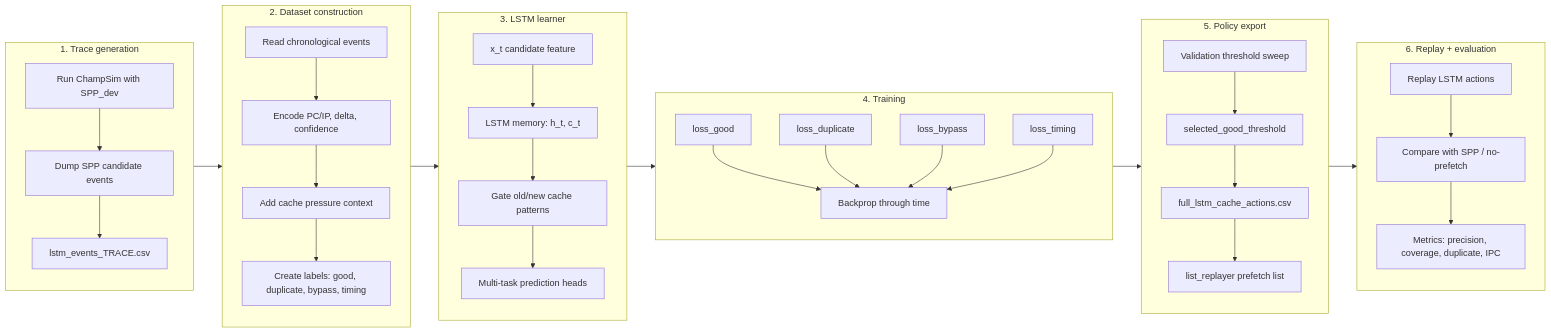
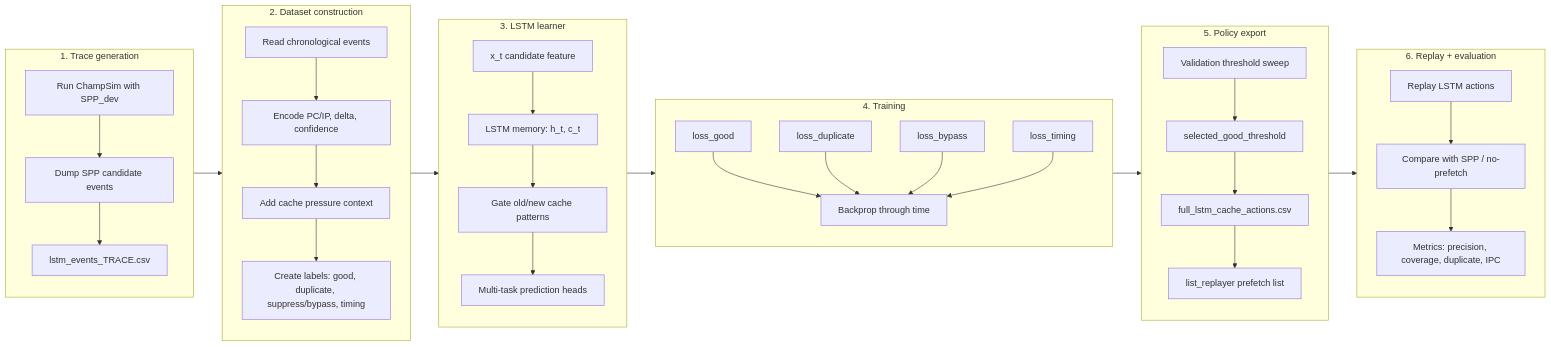
One commit to Angelawoo572/cache_arch changed the eighth of 8 diagrams in formal_NN_training/LSTM_cache_action_pipeline_story.md. Above: the diagram before and after it, drawn with Mermaid. The commit also changed other lines of this file, not shown here.

Commit message:
Tighten LSTM flowchart wording

````diff
--- a/formal_NN_training/LSTM_cache_action_pipeline_story.md
+++ b/formal_NN_training/LSTM_cache_action_pipeline_story.md
@@ -341,54 +341,54 @@
 ```mermaid
 flowchart LR
     subgraph S1[1. Trace generation]
         A1[Run ChampSim with SPP_dev]
         A2[Dump SPP candidate events]
         A3[lstm_events_TRACE.csv]
         A1 --> A2 --> A3
     end
 
     subgraph S2[2. Dataset construction]
         B1[Read chronological events]
         B2[Encode PC/IP, delta, confidence]
         B3[Add cache pressure context]
-        B4[Create labels: good, duplicate, bypass, timing]
+        B4[Create labels: good, duplicate, suppress/bypass, timing]
         B1 --> B2 --> B3 --> B4
     end
 
     subgraph S3[3. LSTM learner]
         C1[x_t candidate feature]
         C2[LSTM memory: h_t, c_t]
         C3[Gate old/new cache patterns]
         C4[Multi-task prediction heads]
         C1 --> C2 --> C3 --> C4
     end
 
     subgraph S4[4. Training]
         D1[loss_good]
         D2[loss_duplicate]
         D3[loss_bypass]
         D4[loss_timing]
         D5[Backprop through time]
         D1 --> D5
         D2 --> D5
         D3 --> D5
         D4 --> D5
     end
 
     subgraph S5[5. Policy export]
         E1[Validation threshold sweep]
         E2[selected_good_threshold]
         E3[full_lstm_cache_actions.csv]
         E4[list_replayer prefetch list]
         E1 --> E2 --> E3 --> E4
     end
 
     subgraph S6[6. Replay + evaluation]
         F1[Replay LSTM actions]
         F2[Compare with SPP / no-prefetch]
         F3[Metrics: precision, coverage, duplicate, IPC]
         F1 --> F2 --> F3
     end
 
     S1 --> S2 --> S3 --> S4 --> S5 --> S6
 ```
````
